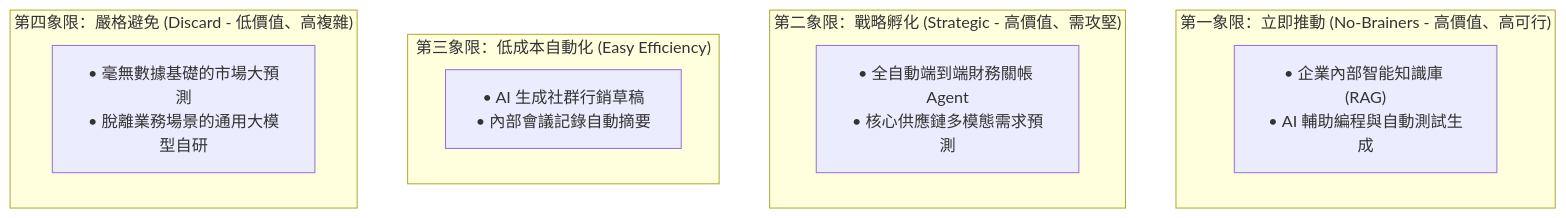
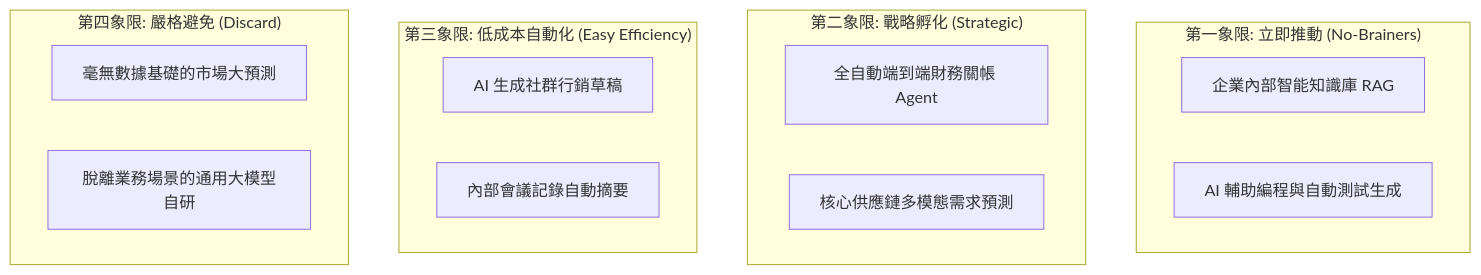
One commit to billy1030/digital-tranformation-learning changed the third of 3 diagrams in 04-ai-and-agentic-dx-acceleration.md. Above: the diagram before and after it, drawn with Mermaid. The commit also changed 1 other file, not shown here.

Commit message:
fix(mermaid): clean up diagram 04.3 and fully audit all 27 charts across all 11 lessons

````diff
--- a/04-ai-and-agentic-dx-acceleration.md
+++ b/04-ai-and-agentic-dx-acceleration.md
@@ -101,18 +101,22 @@
 ```mermaid
 flowchart TD
-    subgraph Q1["第一象限：立即推動 (No-Brainers - 高價值、高可行)"]
-        A1["• 企業內部智能知識庫 (RAG)<br/>• AI 輔助編程與自動測試生成"]
+    subgraph Q1["第一象限: 立即推動 (No-Brainers)"]
+        A1["企業內部智能知識庫 RAG"]
+        A2["AI 輔助編程與自動測試生成"]
     end
 
-    subgraph Q2["第二象限：戰略孵化 (Strategic - 高價值、需攻堅)"]
-        A2["• 全自動端到端財務關帳 Agent<br/>• 核心供應鏈多模態需求預測"]
+    subgraph Q2["第二象限: 戰略孵化 (Strategic)"]
+        B1["全自動端到端財務關帳 Agent"]
+        B2["核心供應鏈多模態需求預測"]
     end
 
-    subgraph Q3["第三象限：低成本自動化 (Easy Efficiency)"]
-        A3["• AI 生成社群行銷草稿<br/>• 內部會議記錄自動摘要"]
+    subgraph Q3["第三象限: 低成本自動化 (Easy Efficiency)"]
+        C1["AI 生成社群行銷草稿"]
+        C2["內部會議記錄自動摘要"]
     end
 
-    subgraph Q4["第四象限：嚴格避免 (Discard - 低價值、高複雜)"]
-        A4["• 毫無數據基礎的市場大預測<br/>• 脫離業務場景的通用大模型自研"]
+    subgraph Q4["第四象限: 嚴格避免 (Discard)"]
+        D1["毫無數據基礎的市場大預測"]
+        D2["脫離業務場景的通用大模型自研"]
     end
 ```
````
